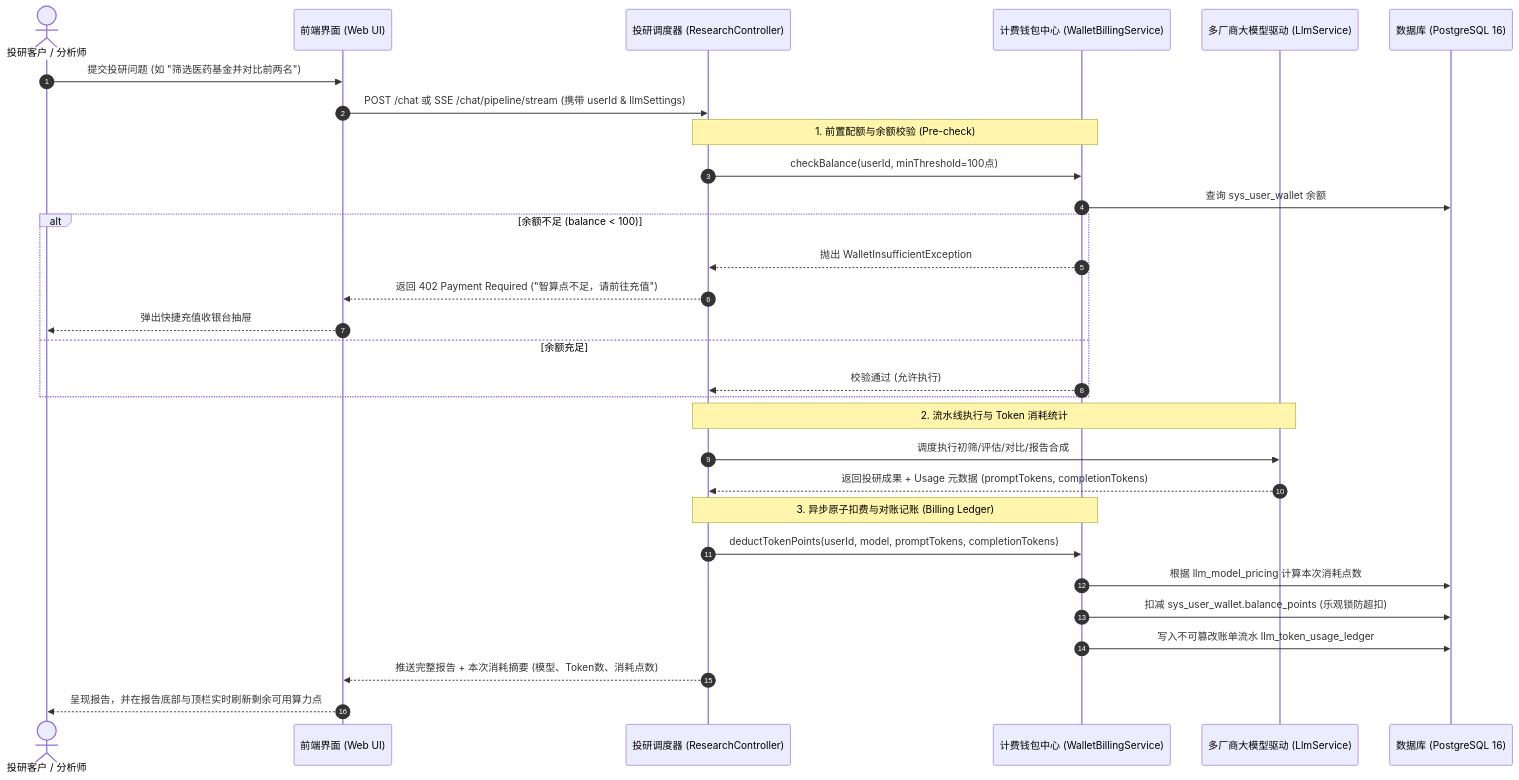
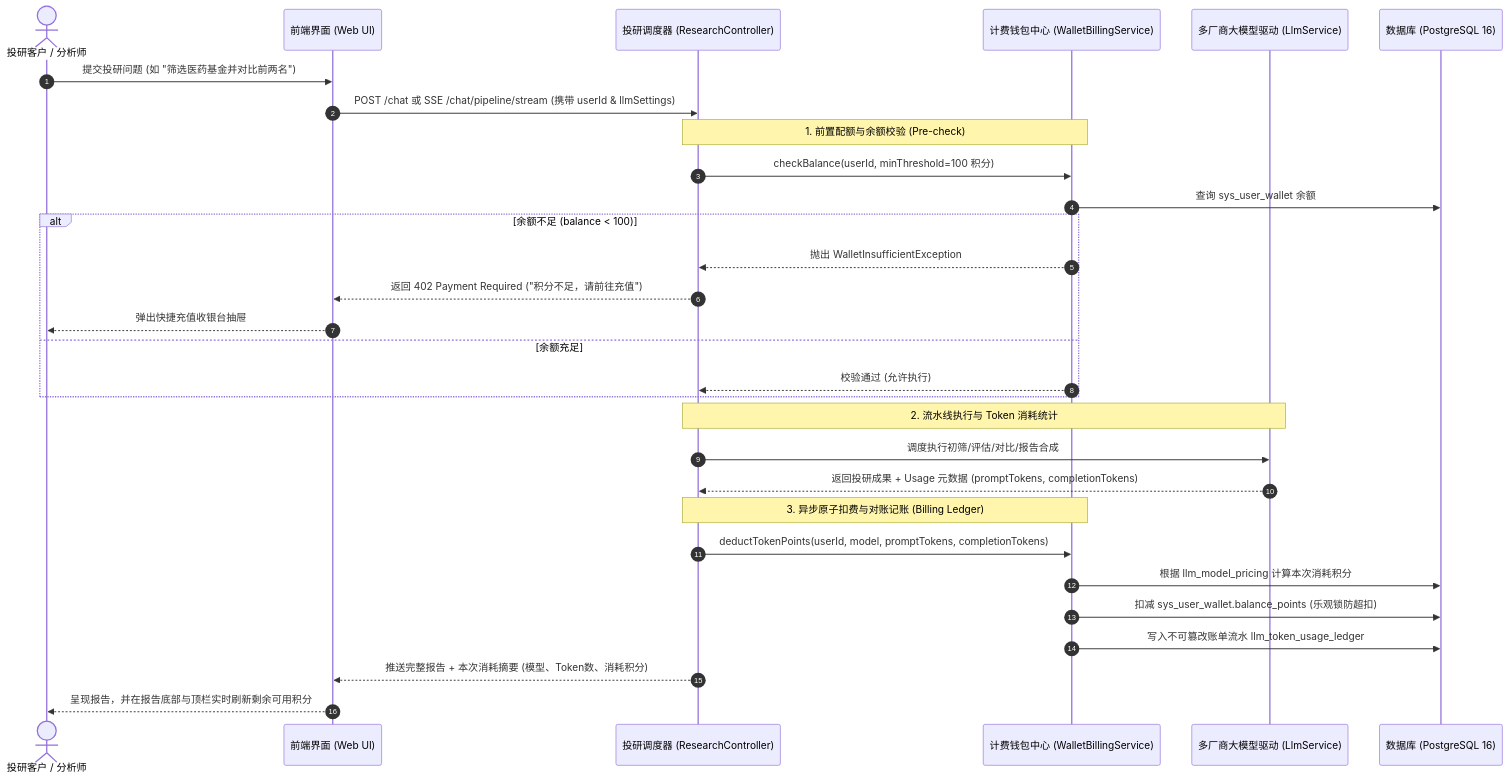
Before and after one commit to SummerBreeze320/FinancialCopilot: the sixth of 7 diagrams in docs/superpowers/specs/2026-09-10-financial-research-agent-design.md, drawn with Mermaid. The commit also changed other lines of this file and 26 other files, not shown here.

````diff
--- a/docs/superpowers/specs/2026-09-10-financial-research-agent-design.md
+++ b/docs/superpowers/specs/2026-09-10-financial-research-agent-design.md
@@ -719,37 +719,37 @@
 ```mermaid
 sequenceDiagram
     autonumber
     actor User as 投研客户 / 分析师
     participant Web as 前端界面 (Web UI)
     participant Controller as 投研调度器 (ResearchController)
     participant Billing as 计费钱包中心 (WalletBillingService)
     participant LLM as 多厂商大模型驱动 (LlmService)
     participant DB as 数据库 (PostgreSQL 16)
 
     User->>Web: 提交投研问题 (如 "筛选医药基金并对比前两名")
     Web->>Controller: POST /chat 或 SSE /chat/pipeline/stream (携带 userId & llmSettings)
     
     Note over Controller,Billing: 1. 前置配额与余额校验 (Pre-check)
-    Controller->>Billing: checkBalance(userId, minThreshold=100点)
+    Controller->>Billing: checkBalance(userId, minThreshold=100 积分)
     Billing->>DB: 查询 sys_user_wallet 余额
     alt 余额不足 (balance < 100)
         Billing-->>Controller: 抛出 WalletInsufficientException
-        Controller-->>Web: 返回 402 Payment Required ("智算点不足，请前往充值")
+        Controller-->>Web: 返回 402 Payment Required ("积分不足，请前往充值")
         Web-->>User: 弹出快捷充值收银台抽屉
     else 余额充足
         Billing-->>Controller: 校验通过 (允许执行)
     end
 
     Note over Controller,LLM: 2. 流水线执行与 Token 消耗统计
     Controller->>LLM: 调度执行初筛/评估/对比/报告合成
     LLM-->>Controller: 返回投研成果 + Usage 元数据 (promptTokens, completionTokens)
 
     Note over Controller,Billing: 3. 异步原子扣费与对账记账 (Billing Ledger)
     Controller->>Billing: deductTokenPoints(userId, model, promptTokens, completionTokens)
-    Billing->>DB: 根据 llm_model_pricing 计算本次消耗点数
+    Billing->>DB: 根据 llm_model_pricing 计算本次消耗积分
     Billing->>DB: 扣减 sys_user_wallet.balance_points (乐观锁防超扣)
     Billing->>DB: 写入不可篡改账单流水 llm_token_usage_ledger
 
-    Controller-->>Web: 推送完整报告 + 本次消耗摘要 (模型、Token数、消耗点数)
-    Web-->>User: 呈现报告，并在报告底部与顶栏实时刷新剩余可用算力点
+    Controller-->>Web: 推送完整报告 + 本次消耗摘要 (模型、Token数、消耗积分)
+    Web-->>User: 呈现报告，并在报告底部与顶栏实时刷新剩余可用积分
 ```
````
